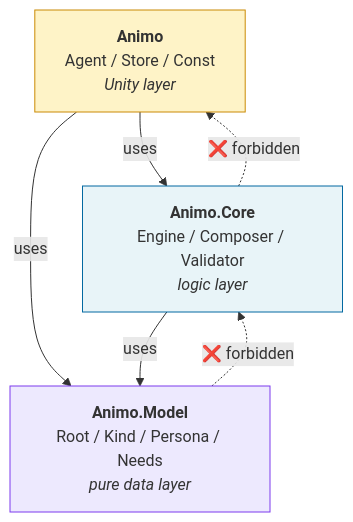
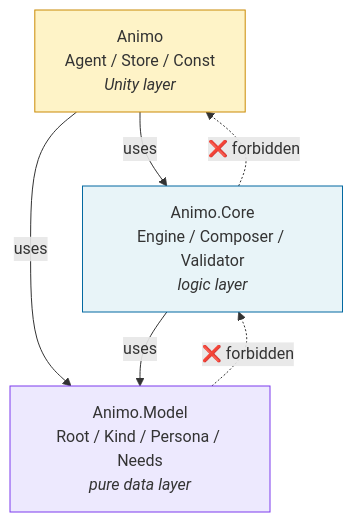
Before and after one commit to hiroxpepe/animo: the fifth of 12 diagrams in README.md, drawn with Mermaid. The commit also changed other lines of this file and 11 other files, not shown here.

````diff
--- a/README.md
+++ b/README.md
@@ -187,14 +187,14 @@
 ```mermaid
 flowchart TB
-  Animo["<b>Animo</b><br/>Agent / Store / Const<br/><i>Unity layer</i>"]
-  Core["<b>Animo.Core</b><br/>Engine / Composer / Validator<br/><i>logic layer</i>"]
-  Model["<b>Animo.Model</b><br/>Root / Kind / Persona / Needs<br/><i>pure data layer</i>"]
+  Animo["Animo<br/>Agent / Store / Const<br/><i>Unity layer</i>"]
+  Core["Animo.Core<br/>Engine / Composer / Validator<br/><i>logic layer</i>"]
+  Model["Animo.Model<br/>Root / Kind / Persona / Needs<br/><i>pure data layer</i>"]
   Animo -->|"uses"| Core
   Animo -->|"uses"| Model
   Core -->|"uses"| Model
   Model -.->|"❌ forbidden"| Core
   Core -.->|"❌ forbidden"| Animo
   style Animo fill:#fef3c7,stroke:#ca8a04
   style Core fill:#e8f4f8,stroke:#0369a1
   style Model fill:#ede9fe,stroke:#7c3aed
 ```
````
